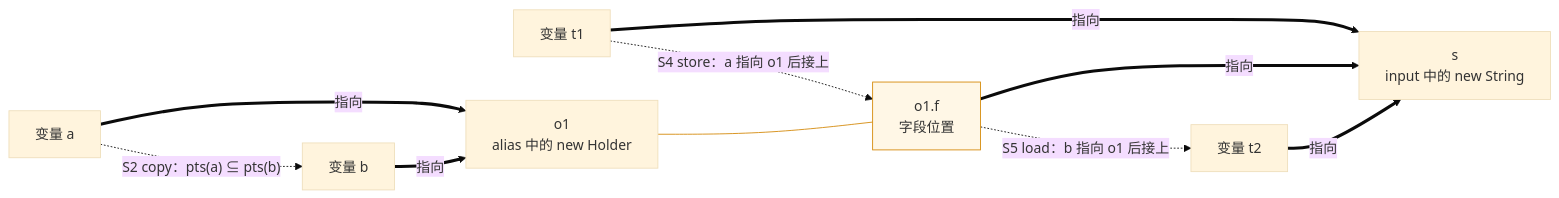
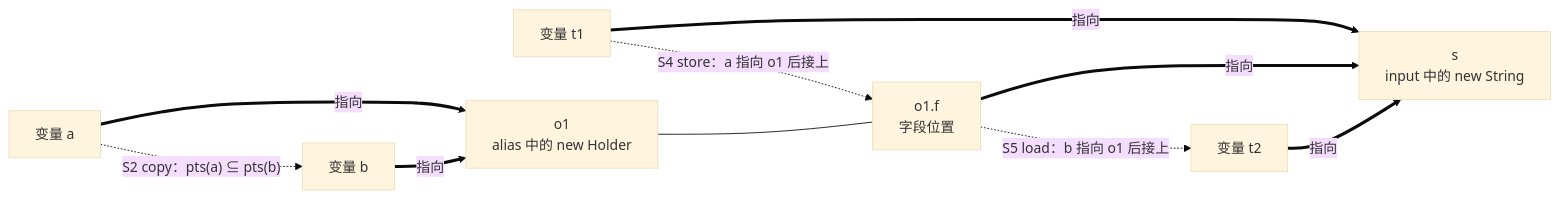
Before and after one commit to Scrates1/Scrates1.github.io: the diagram in src/static-analysis/assets/11-series-1.mmd, drawn with Mermaid (base theme). The commit also changed 70 other files, not shown here.

First line of the commit message:
静态分析系列的图改为暖调蓝图风格，并提供日夜两版。

```diff
--- a/src/static-analysis/assets/11-series-1.mmd
+++ b/src/static-analysis/assets/11-series-1.mmd
@@ -1,22 +1,22 @@
 flowchart LR
   a[变量 a]
   b[变量 b]
   t1[变量 t1]
   t2[变量 t2]
   o1["o1
 alias 中的 new Holder"]
   o1f["o1.f
 字段位置"]
   s["s
 input 中的 new String"]
   a ==>|指向| o1
   b ==>|指向| o1
   o1 --- o1f
   t1 ==>|指向| s
   o1f ==>|指向| s
   t2 ==>|指向| s
   a -.->|"S2 copy：pts(a) ⊆ pts(b)"| b
   t1 -.->|"S4 store：a 指向 o1 后接上"| o1f
   o1f -.->|"S5 load：b 指向 o1 后接上"| t2
-  style o1f fill:#fff7e6,stroke:#d48806
-  linkStyle 2 stroke:#d48806,stroke-width:1px
+  class o1,s object
+  class o1f field
```
